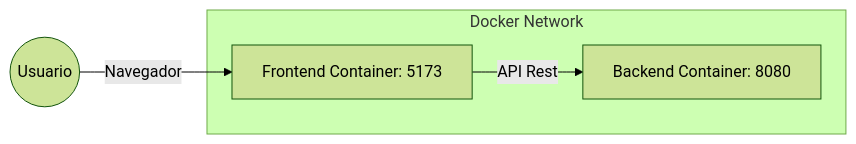
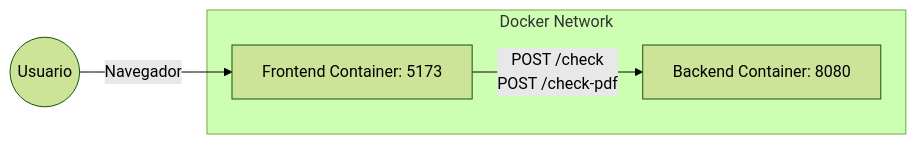
One commit to ortiz117/convex-polygon-search-ologn changed the third of 3 diagrams in UML.md. Above: the diagram before and after it, drawn with Mermaid (forest theme). The commit also changed other lines of this file and 3 other files, not shown here.

````diff
--- a/UML.md
+++ b/UML.md
@@ -58,9 +77,9 @@
 ```mermaid
 graph LR
     subgraph "Docker Network"
         FE[Frontend Container: 5173]
         BE[Backend Container: 8080]
     end
     User((Usuario)) -->|Navegador| FE
-    FE -->|API Rest| BE
+    FE -->|POST /check <br> POST /check-pdf| BE
 ```
````
